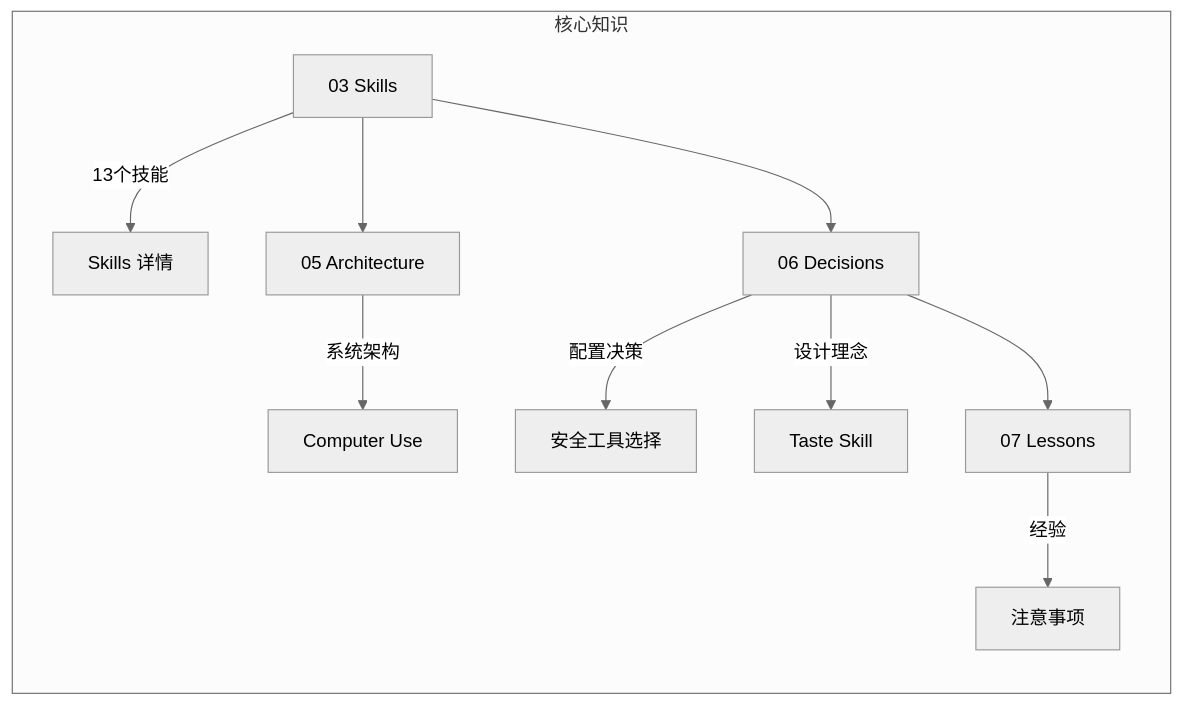
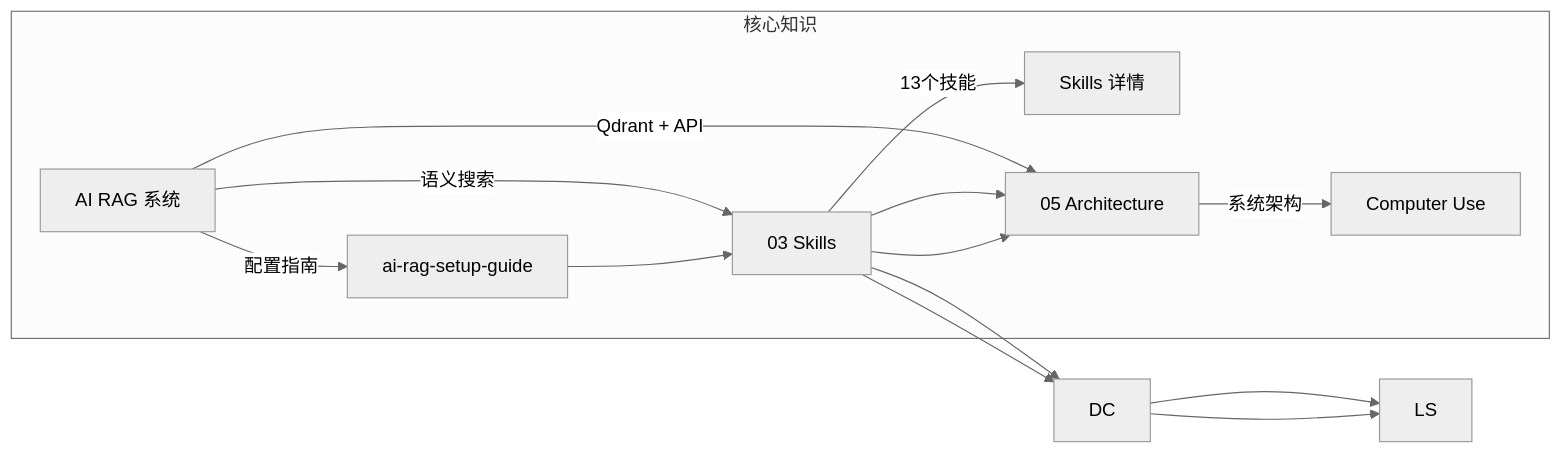
Before and after one commit to albertlisage-ux/AI-Brain: the second of 2 diagrams in codex.md, drawn with Mermaid (neutral theme). The commit also changed other lines of this file and 1 other file, not shown here.

Commit message:
🔗 Add AI-RAG system to relationship graphs

````diff
--- a/codex.md
+++ b/codex.md
@@ -52,14 +56,18 @@
 ```mermaid
 graph LR
     subgraph "核心知识"
         SK[03 Skills] -->|13个技能| SA[Skills 详情]
         AR[05 Architecture] -->|系统架构| CU[Computer Use]
-        DC[06 Decisions] -->|配置决策| SL[安全工具选择]
-        DC -->|设计理念| TS[Taste Skill]
-        LS[07 Lessons] -->|经验| NT[注意事项]
+        RAG[AI RAG 系统] -->|语义搜索| SK
+        RAG -->|Qdrant + API| AR
+        RAG -->|配置指南| RG[ai-rag-setup-guide]
     end
     
     SK --> AR
     SK --> DC
     DC --> LS
+    RG --> SK
+    SK --> AR
+    SK --> DC
+    DC --> LS
 ```
````
